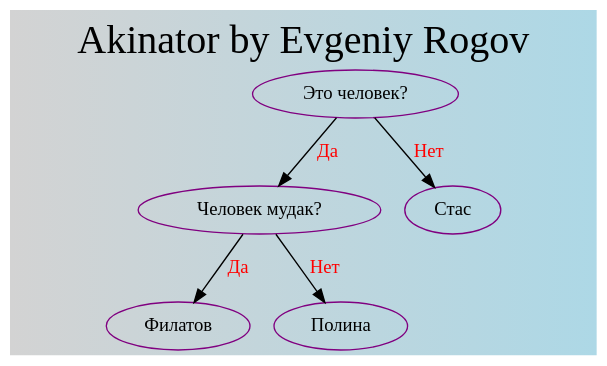
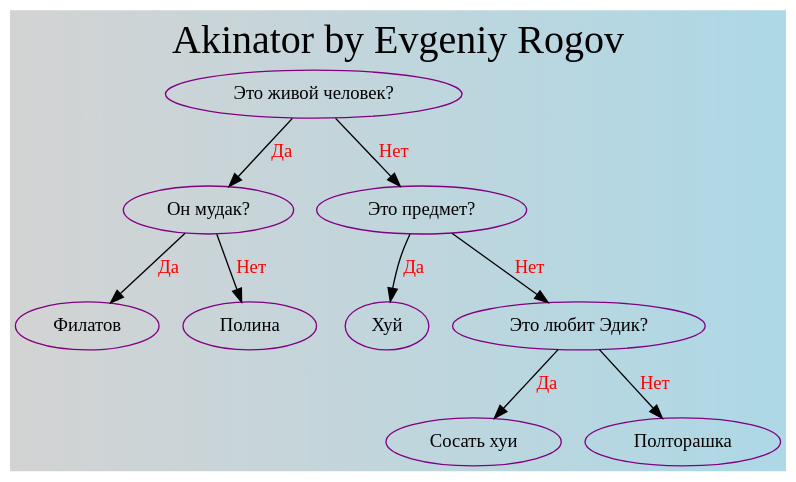
Before and after one commit to EvGeniy0505/Akinator: the diagram in output/akinator.dot, drawn with Graphviz. The commit also changed 9 other files, not shown here.

```diff
--- a/output/akinator.dot
+++ b/output/akinator.dot
@@ -1,16 +1,24 @@
 digraph TREE1 {
 	bgcolor = "lightgrey:lightblue";
 	label="Akinator by Evgeniy Rogov";
 	fontsize=30;
 	fontname="Times-Roman";
 	labelloc="t";
-	node0x603000000070[color=purple, label=" Это человек?"]
-	node0x603000000070 -> node0x6030000000a0[label="Да", fontcolor="red"];
-	node0x6030000000a0[color=purple, label=" Человек мудак?"]
-	node0x6030000000a0 -> node0x603000000130[label="Да", fontcolor="red"];
-	node0x603000000130[color=purple, label=" Филатов"]
-	node0x6030000000a0 -> node0x603000000100[label="Нет", fontcolor="red"];
-	node0x603000000100[color=purple, label=" Полина"]
-	node0x603000000070 -> node0x6030000000d0[label="Нет", fontcolor="red"];
-	node0x6030000000d0[color=purple, label=" Стас"]
+	node0x603000000040[color=purple, label=" Это живой человек?"]
+	node0x603000000040 -> node0x603000000070[label="Да", fontcolor="red"];
+	node0x603000000070[color=purple, label=" Он мудак?"]
+	node0x603000000070 -> node0x603000000280[label="Да", fontcolor="red"];
+	node0x603000000280[color=purple, label=" Филатов"]
+	node0x603000000070 -> node0x603000000250[label="Нет", fontcolor="red"];
+	node0x603000000250[color=purple, label=" Полина"]
+	node0x603000000040 -> node0x6030000000d0[label="Нет", fontcolor="red"];
+	node0x6030000000d0[color=purple, label=" Это предмет?"]
+	node0x6030000000d0 -> node0x603000000100[label="Да", fontcolor="red"];
+	node0x603000000100[color=purple, label=" Хуй"]
+	node0x6030000000d0 -> node0x603000000160[label="Нет", fontcolor="red"];
+	node0x603000000160[color=purple, label=" Это любит Эдик?"]
+	node0x603000000160 -> node0x6030000001c0[label="Да", fontcolor="red"];
+	node0x6030000001c0[color=purple, label=" Сосать хуи"]
+	node0x603000000160 -> node0x603000000220[label="Нет", fontcolor="red"];
+	node0x603000000220[color=purple, label=" Полторашка"]
 }
```
